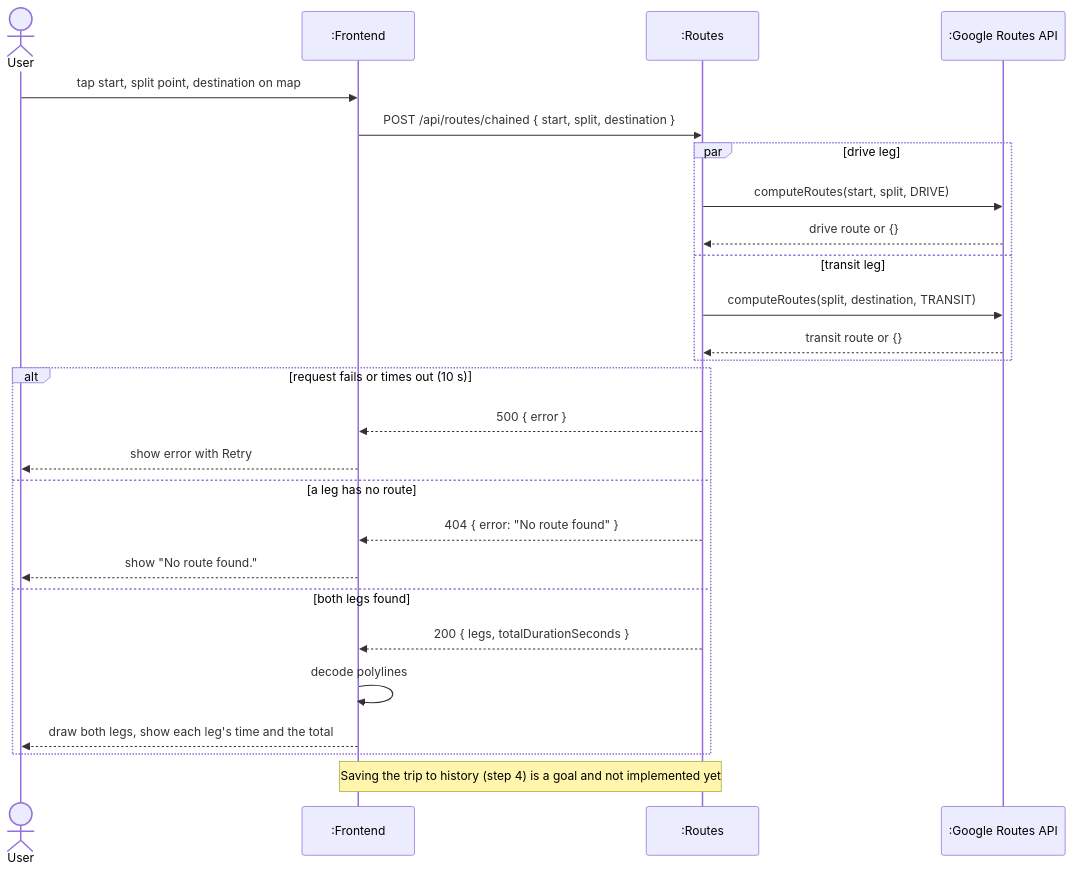
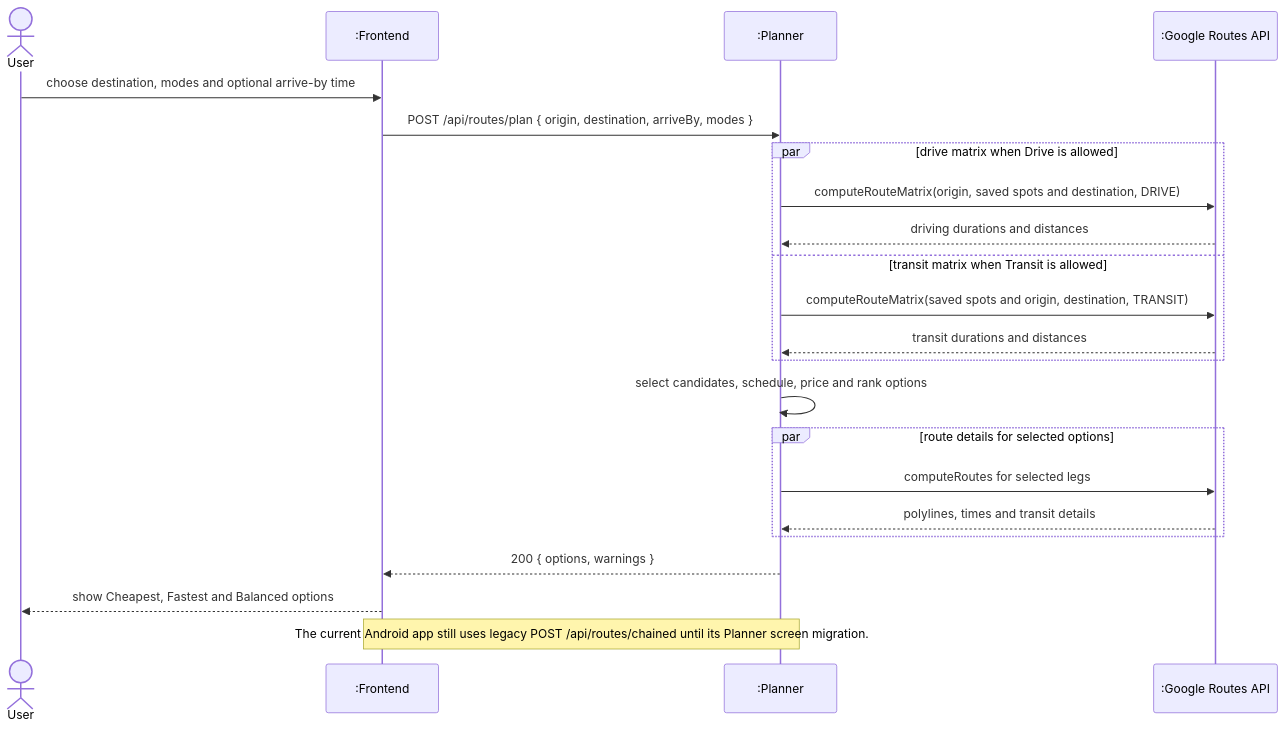
The third of 5 diagrams in documentation/Requirements_and_Design.md (adamdeleeuw/trailmix), drawn with Mermaid before and after one commit. The commit also changed other lines of this file and 31 other files, not shown here.

Commit message:
add multimodal trip planner with saved preferences, route pricing, and tests

````diff
--- a/documentation/Requirements_and_Design.md
+++ b/documentation/Requirements_and_Design.md
@@ -429,29 +437,25 @@
 ```mermaid
 sequenceDiagram
     actor User
     participant App as :Frontend
-    participant Routes as :Routes
+    participant Planner as :Planner
     participant GR as :Google Routes API
 
-    User->>App: tap start, split point, destination on map
-    App->>Routes: POST /api/routes/chained { start, split, destination }
-    par drive leg
-        Routes->>GR: computeRoutes(start, split, DRIVE)
-        GR-->>Routes: drive route or {}
-    and transit leg
-        Routes->>GR: computeRoutes(split, destination, TRANSIT)
-        GR-->>Routes: transit route or {}
+    User->>App: choose destination, modes and optional arrive-by time
+    App->>Planner: POST /api/routes/plan { origin, destination, arriveBy, modes }
+    par drive matrix when Drive is allowed
+        Planner->>GR: computeRouteMatrix(origin, saved spots and destination, DRIVE)
+        GR-->>Planner: driving durations and distances
+    and transit matrix when Transit is allowed
+        Planner->>GR: computeRouteMatrix(saved spots and origin, destination, TRANSIT)
+        GR-->>Planner: transit durations and distances
     end
-    alt request fails or times out (10 s)
-        Routes-->>App: 500 { error }
-        App-->>User: show error with Retry
-    else a leg has no route
-        Routes-->>App: 404 { error: "No route found" }
-        App-->>User: show "No route found."
-    else both legs found
-        Routes-->>App: 200 { legs, totalDurationSeconds }
-        App->>App: decode polylines
-        App-->>User: draw both legs, show each leg's time and the total
+    Planner->>Planner: select candidates, schedule, price and rank options
+    par route details for selected options
+        Planner->>GR: computeRoutes for selected legs
+        GR-->>Planner: polylines, times and transit details
     end
-    Note over App,Routes: Saving the trip to history (step 4) is a goal and not implemented yet
+    Planner-->>App: 200 { options, warnings }
+    App-->>User: show Cheapest, Fastest and Balanced options
+    Note over App,Planner: The current Android app still uses legacy POST /api/routes/chained until its Planner screen migration.
 ```
````
